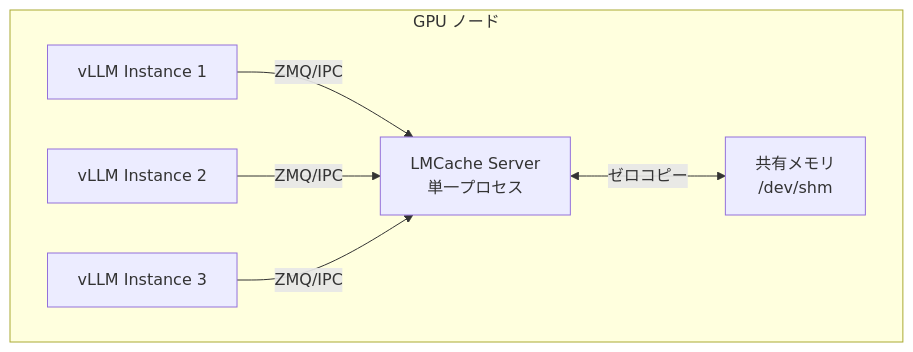
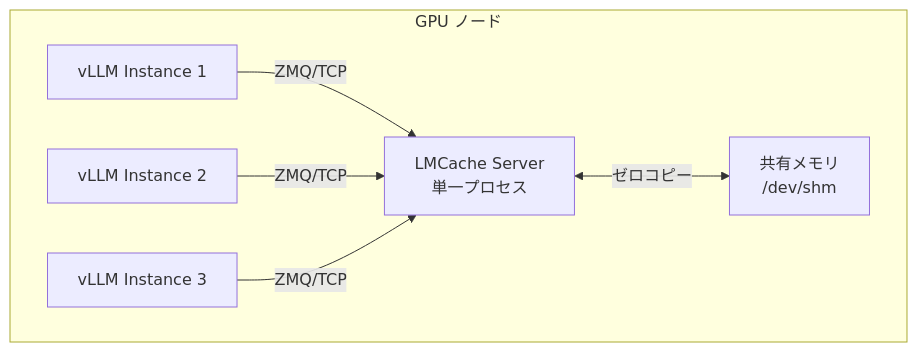
The second of 4 diagrams in articles/e2f8f45e6fdc21.md (littlemex/zenn), drawn with Mermaid before and after one commit. The commit also changed other lines of this file, not shown here.

````diff
--- a/articles/e2f8f45e6fdc21.md
+++ b/articles/e2f8f45e6fdc21.md
@@ -108,14 +121,14 @@
 ```mermaid
 graph TB
     subgraph Node["GPU ノード"]
         V1[vLLM Instance 1]
         V2[vLLM Instance 2]
         V3[vLLM Instance 3]
         L1[LMCache Server<br/>単一プロセス]
         SHM[共有メモリ<br/>/dev/shm]
-        V1 -->|ZMQ/IPC| L1
-        V2 -->|ZMQ/IPC| L1
-        V3 -->|ZMQ/IPC| L1
+        V1 -->|ZMQ/TCP| L1
+        V2 -->|ZMQ/TCP| L1
+        V3 -->|ZMQ/TCP| L1
         L1 <-->|ゼロコピー| SHM
     end
 ```
````
